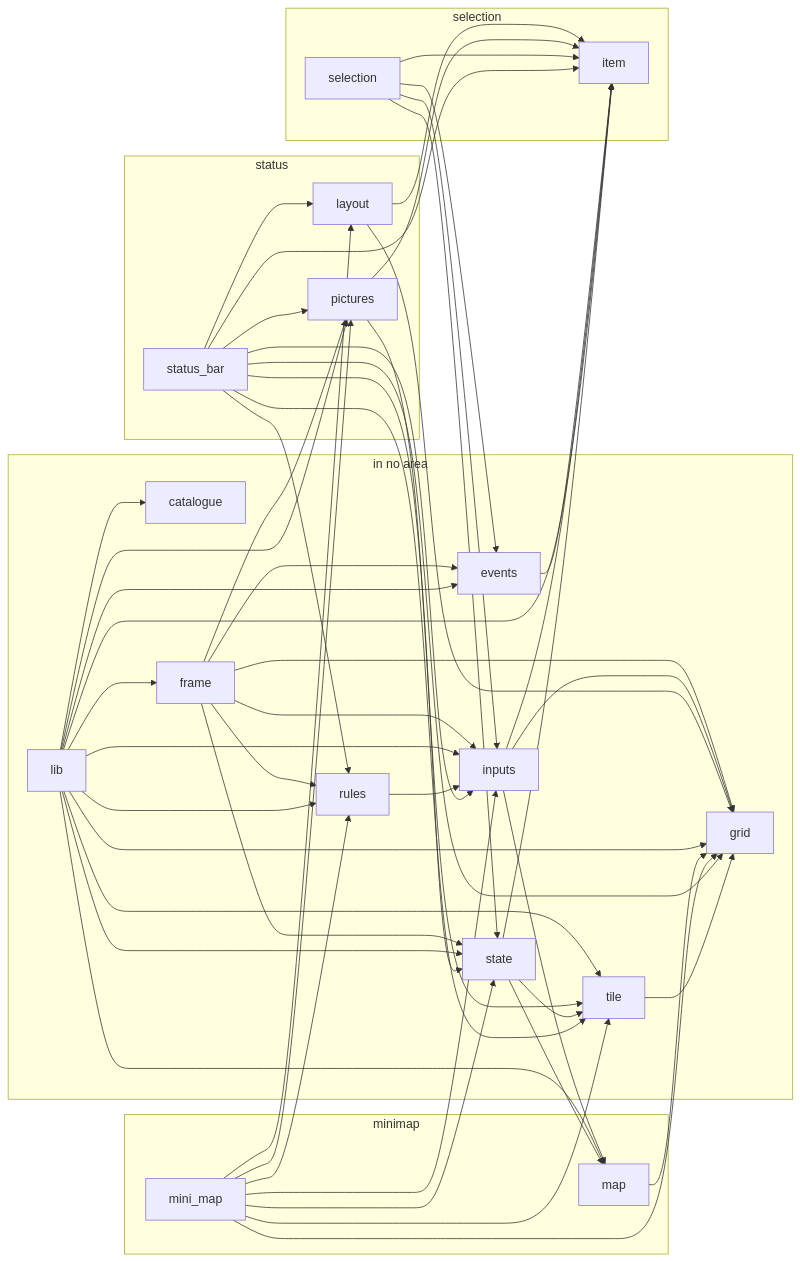
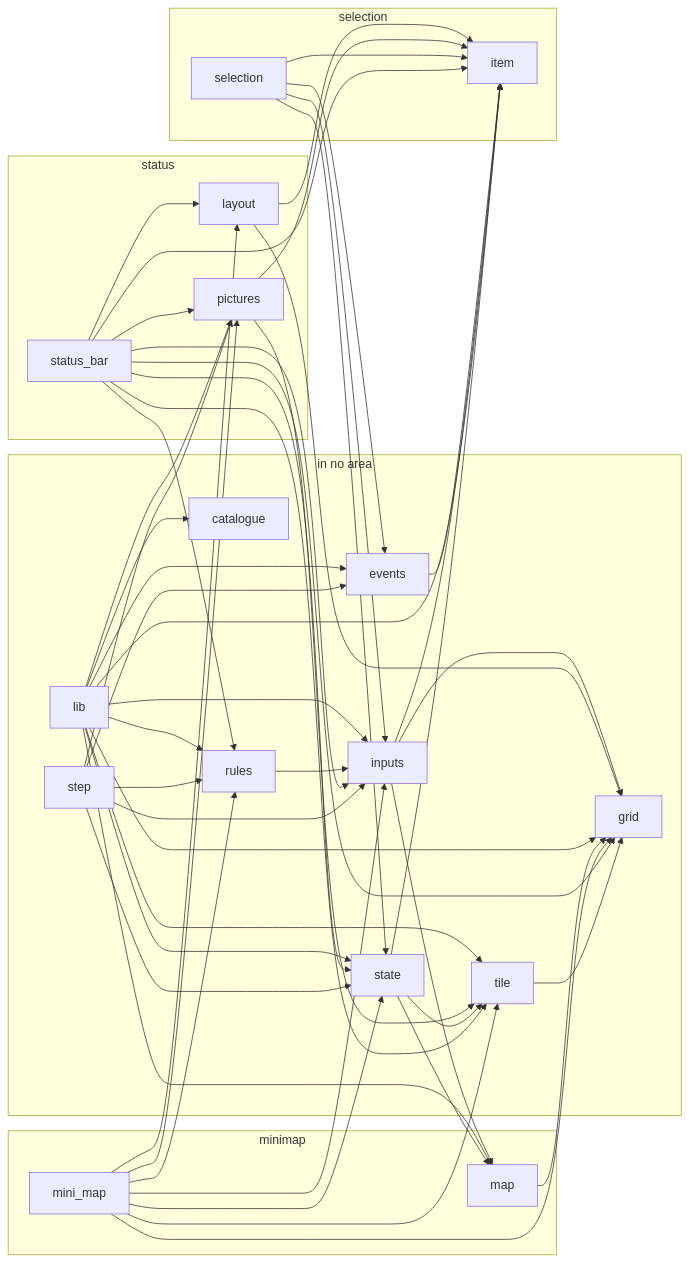
One commit to JimLundin/sm-decomp changed the sixth of 10 diagrams in docs/REPORT.md. Above: the diagram before and after it, drawn with Mermaid. The commit also changed other lines of this file and 28 other files, not shown here.

````diff
--- a/docs/REPORT.md
+++ b/docs/REPORT.md
@@ -1468,77 +1469,75 @@
 ```mermaid
 graph LR
   subgraph a_in_no_area["in no area"]
     m_catalogue["catalogue"]
     m_events["events"]
-    m_frame["frame"]
     m_grid["grid"]
     m_inputs["inputs"]
     m_lib["lib"]
     m_rules["rules"]
     m_state["state"]
+    m_step["step"]
     m_tile["tile"]
   end
   subgraph a_minimap["minimap"]
     m_map["map"]
     m_mini_map["mini_map"]
   end
   subgraph a_selection["selection"]
     m_item["item"]
     m_selection["selection"]
   end
   subgraph a_status["status"]
     m_layout["layout"]
     m_pictures["pictures"]
     m_status_bar["status_bar"]
   end
   m_events --> m_item
-  m_frame --> m_events
-  m_frame --> m_grid
-  m_frame --> m_inputs
-  m_frame --> m_pictures
-  m_frame --> m_rules
-  m_frame --> m_state
   m_inputs --> m_grid
   m_inputs --> m_item
   m_inputs --> m_map
   m_layout --> m_grid
   m_layout --> m_item
   m_lib --> m_catalogue
   m_lib --> m_events
-  m_lib --> m_frame
   m_lib --> m_grid
   m_lib --> m_inputs
   m_lib --> m_item
   m_lib --> m_map
   m_lib --> m_pictures
   m_lib --> m_rules
   m_lib --> m_state
   m_lib --> m_tile
   m_map --> m_grid
   m_mini_map --> m_grid
   m_mini_map --> m_inputs
   m_mini_map --> m_layout
   m_mini_map --> m_pictures
   m_mini_map --> m_rules
   m_mini_map --> m_state
   m_mini_map --> m_tile
   m_pictures --> m_item
   m_pictures --> m_tile
   m_rules --> m_inputs
   m_selection --> m_events
   m_selection --> m_inputs
   m_selection --> m_item
   m_selection --> m_state
   m_state --> m_item
   m_state --> m_map
   m_state --> m_tile
   m_status_bar --> m_grid
   m_status_bar --> m_inputs
   m_status_bar --> m_item
   m_status_bar --> m_layout
   m_status_bar --> m_pictures
   m_status_bar --> m_rules
   m_status_bar --> m_state
   m_status_bar --> m_tile
+  m_step --> m_events
+  m_step --> m_inputs
+  m_step --> m_pictures
+  m_step --> m_rules
+  m_step --> m_state
   m_tile --> m_grid
 ```
````
